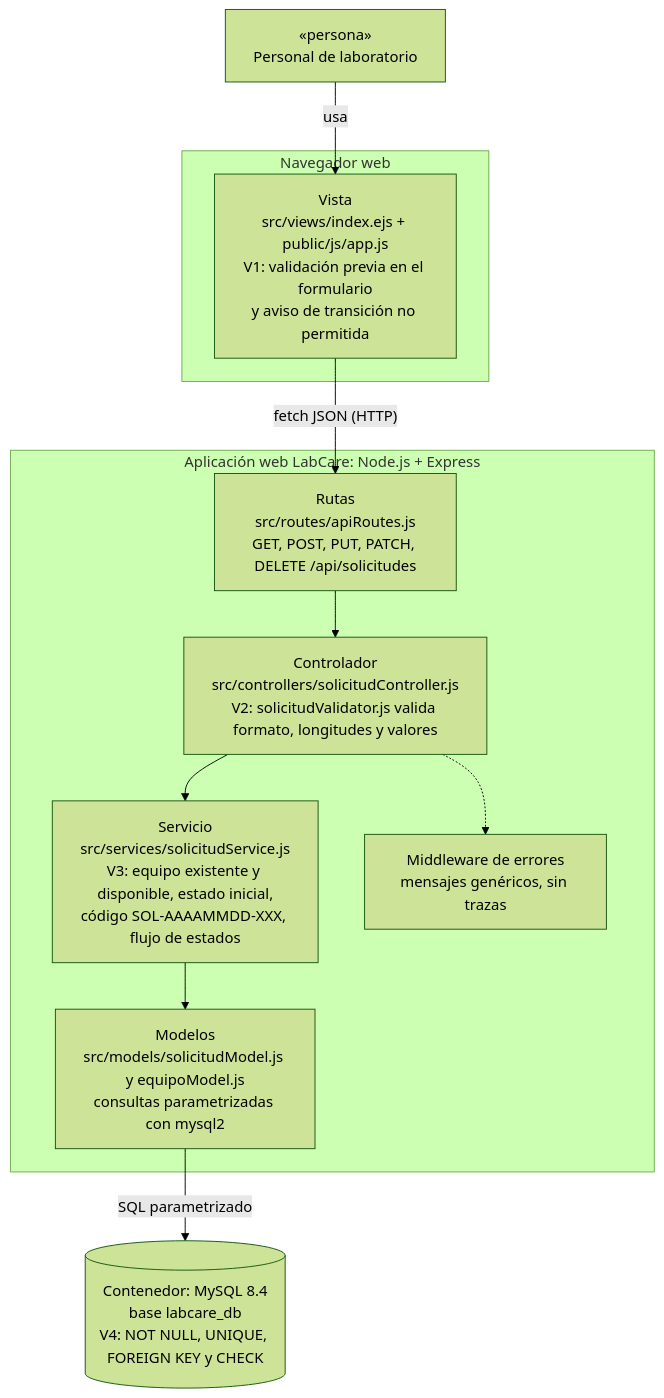
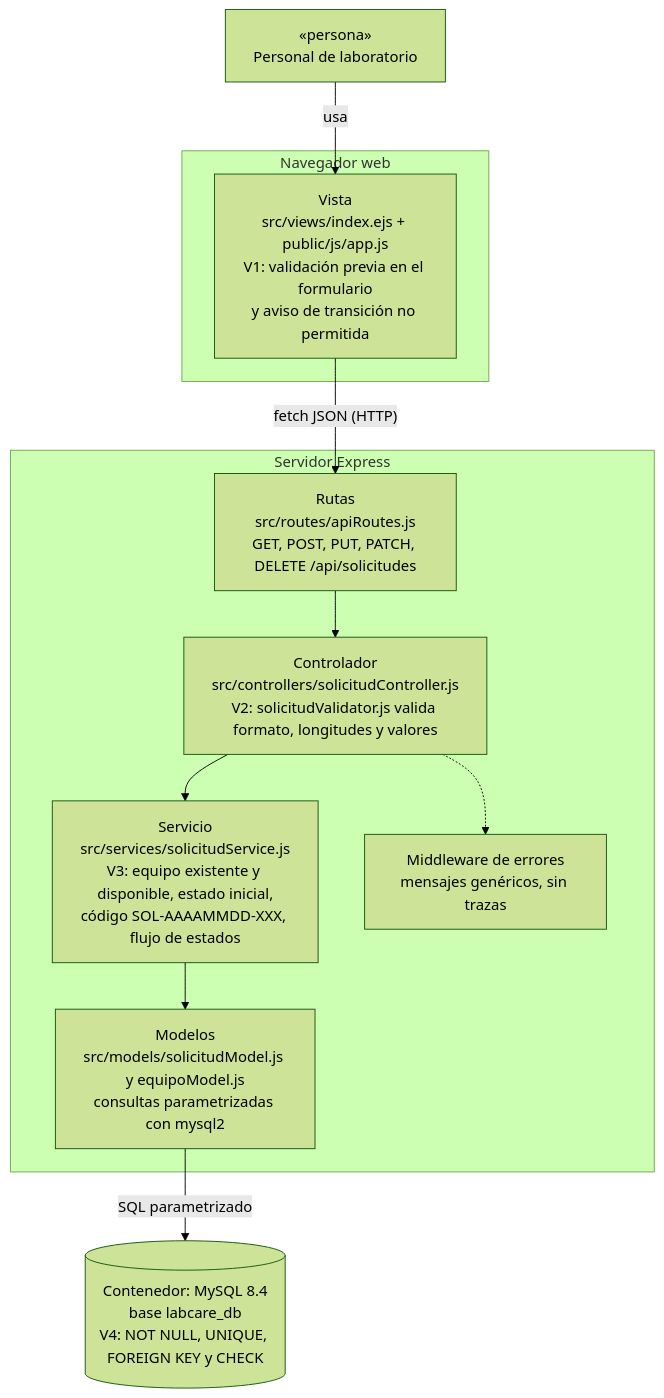
One commit to GustavoRodVe/labcare-solicitudes changed the diagram in docs/diagramas/arquitectura-mvc.mmd. Above: the diagram before and after it, drawn with Mermaid (forest theme). The commit also changed 22 other files, not shown here.

Commit message:
docs: mejora la captura de respuestas del backend y el título del diagrama de arquitectura

```diff
--- a/docs/diagramas/arquitectura-mvc.mmd
+++ b/docs/diagramas/arquitectura-mvc.mmd
@@ -1,20 +1,20 @@
 flowchart TB
   usuario["«persona»<br>Personal de laboratorio"]
   subgraph navegador["Navegador web"]
     vista["Vista<br>src/views/index.ejs + public/js/app.js<br>V1: validación previa en el formulario<br>y aviso de transición no permitida"]
   end
-  subgraph app["Aplicación web LabCare: Node.js + Express"]
+  subgraph app["Servidor Express"]
     rutas["Rutas<br>src/routes/apiRoutes.js<br>GET, POST, PUT, PATCH, DELETE /api/solicitudes"]
     controlador["Controlador<br>src/controllers/solicitudController.js<br>V2: solicitudValidator.js valida formato, longitudes y valores"]
     servicio["Servicio<br>src/services/solicitudService.js<br>V3: equipo existente y disponible, estado inicial,<br>código SOL-AAAAMMDD-XXX, flujo de estados"]
     modelos["Modelos<br>src/models/solicitudModel.js y equipoModel.js<br>consultas parametrizadas con mysql2"]
     errores["Middleware de errores<br>mensajes genéricos, sin trazas"]
   end
   bd[("Contenedor: MySQL 8.4<br>base labcare_db<br>V4: NOT NULL, UNIQUE, FOREIGN KEY y CHECK")]
   usuario -->|usa| vista
   vista -->|"fetch JSON (HTTP)"| rutas
   rutas --> controlador
   controlador --> servicio
   servicio --> modelos
   modelos -->|SQL parametrizado| bd
   controlador -.-> errores
```
